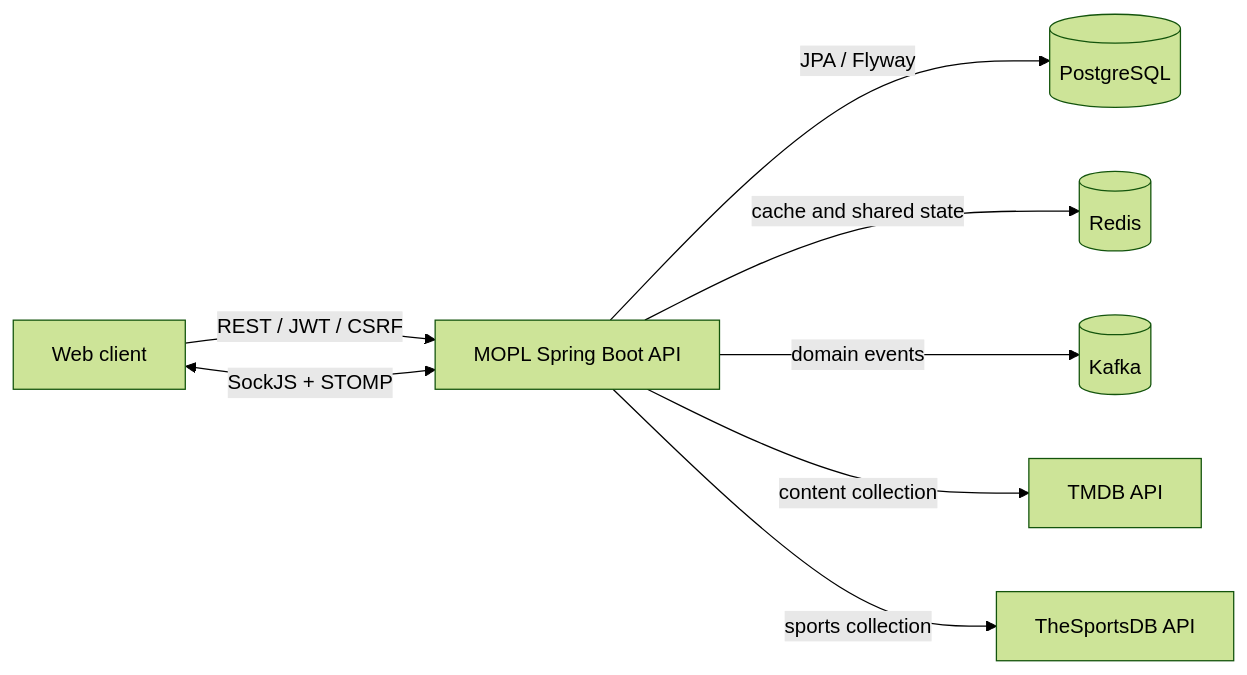
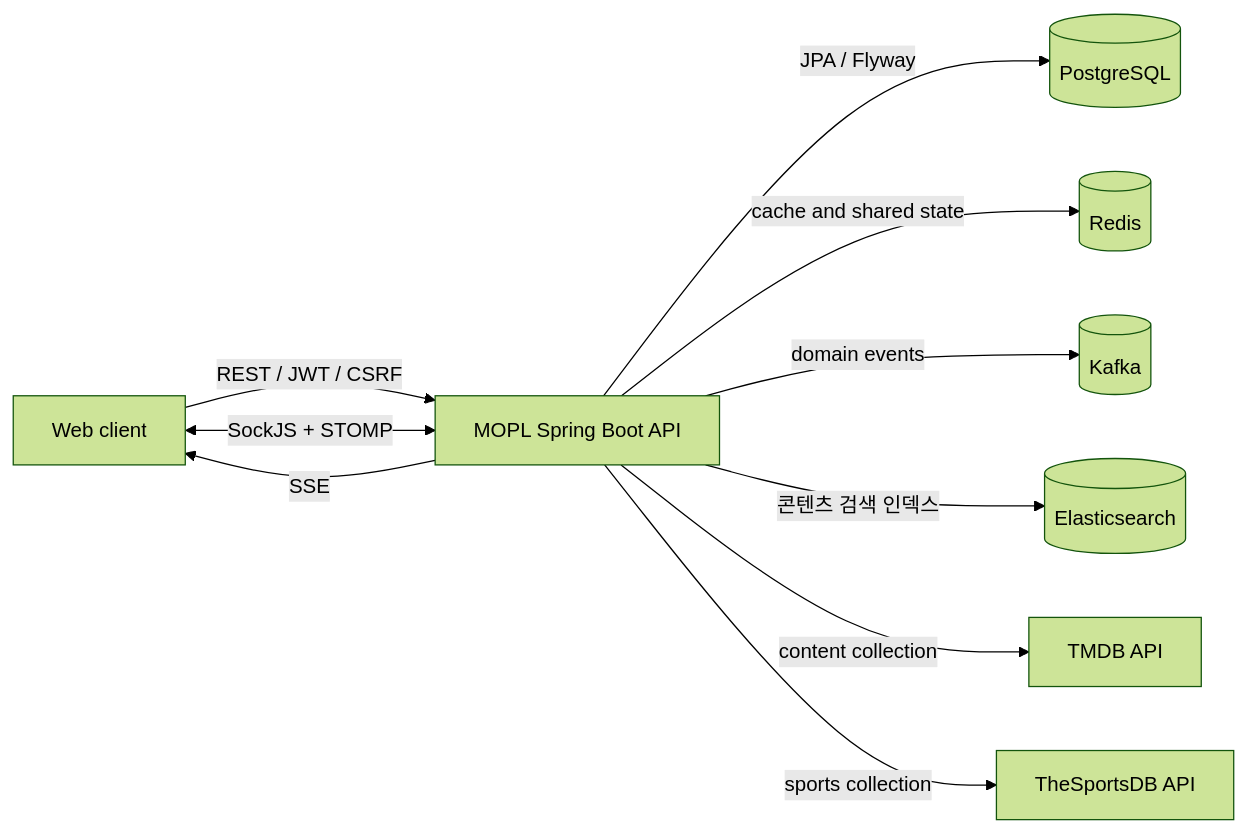
One commit to ow00us/sb11-mopl-team1 changed the diagram in README.md. Above: the diagram before and after it, drawn with Mermaid (forest theme). The commit also changed other lines of this file and 2 other files, not shown here.

````diff
--- a/README.md
+++ b/README.md
@@ -22,18 +22,21 @@
 ```mermaid
 flowchart LR
     FE["Web client"]
     API["MOPL Spring Boot API"]
     DB[("PostgreSQL")]
     REDIS[("Redis")]
     KAFKA[("Kafka")]
+    ES[("Elasticsearch")]
     TMDB["TMDB API"]
     SPORTS["TheSportsDB API"]
 
     FE -->|"REST / JWT / CSRF"| API
     FE <-->|"SockJS + STOMP"| API
+    API -->|"SSE"| FE
     API -->|"JPA / Flyway"| DB
     API -->|"cache and shared state"| REDIS
     API -->|"domain events"| KAFKA
+    API -->|"콘텐츠 검색 인덱스"| ES
     API -->|"content collection"| TMDB
     API -->|"sports collection"| SPORTS
 ```
````
